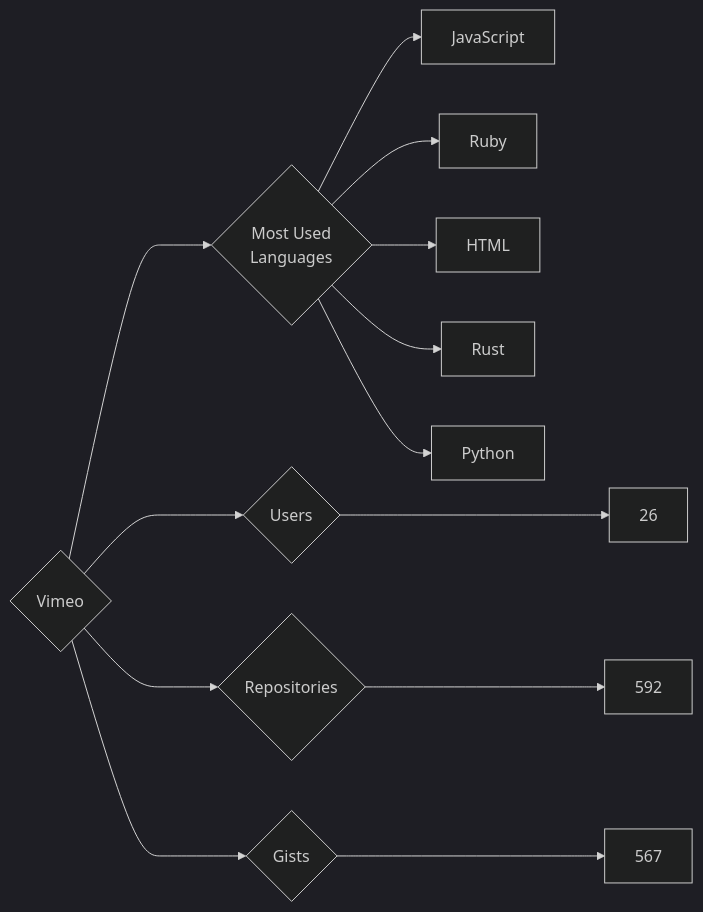
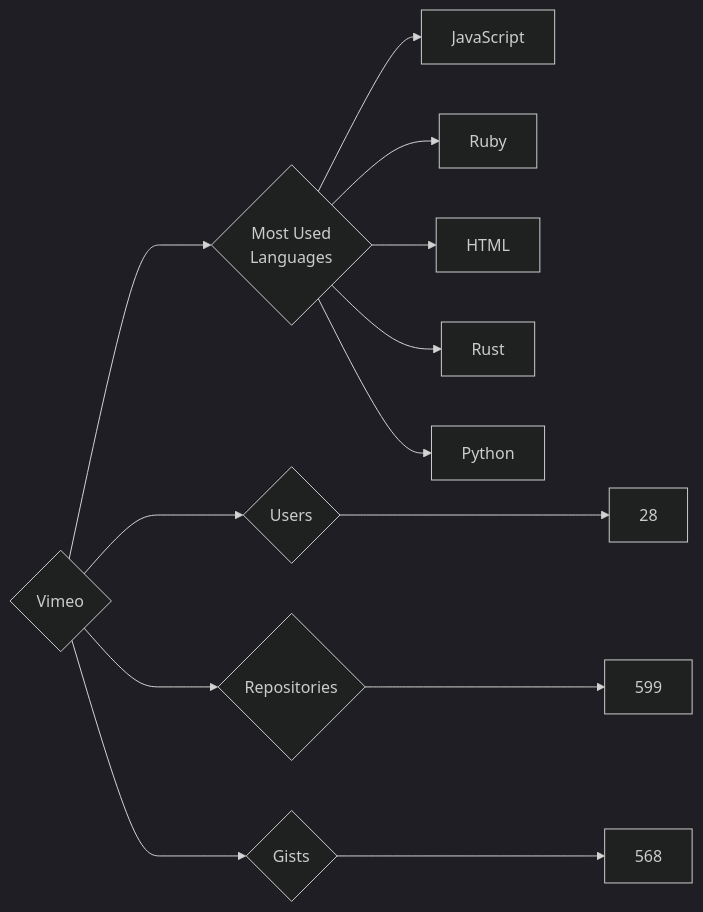
Before and after one commit to trickest/insiders: the diagram in targets/Vimeo/README.md, drawn with Mermaid (dark theme). The commit also changed 851 other files, not shown here.

````diff
--- a/targets/Vimeo/README.md
+++ b/targets/Vimeo/README.md
@@ -3,13 +3,13 @@
 ```mermaid
 graph LR
 COMPANY_NAME{Vimeo}
-COMPANY_NAME ---> U{Users} ---> UN[26]
-COMPANY_NAME ---> R{Repositories} ---> RN[592]
-COMPANY_NAME ---> G{Gists} ---> GN[567]
+COMPANY_NAME ---> U{Users} ---> UN[28]
+COMPANY_NAME ---> R{Repositories} ---> RN[599]
+COMPANY_NAME ---> G{Gists} ---> GN[568]
 COMPANY_NAME ---> ML{Most Used<br>Languages}
 ML --> JavaScript[JavaScript]
 ML --> Ruby[Ruby]
 ML --> HTML[HTML]
 ML --> Rust[Rust]
 ML --> Python[Python]
 ```
````
